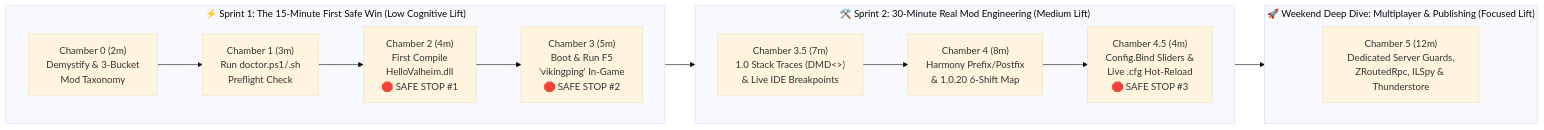
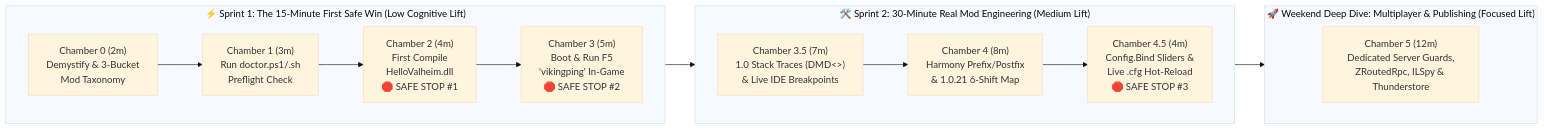
Before and after one commit to djcdevelopment/valheim-modding-101: the second of 2 diagrams in product/01-CUSTOMER-PERSONAS-AND-ECONOMICS.md, drawn with Mermaid (base theme). The commit also changed other lines of this file and 33 other files, not shown here.

````diff
--- a/product/01-CUSTOMER-PERSONAS-AND-ECONOMICS.md
+++ b/product/01-CUSTOMER-PERSONAS-AND-ECONOMICS.md
@@ -76,22 +76,22 @@
 ```mermaid
 flowchart LR
     subgraph Sprint1 ["⚡ Sprint 1: The 15-Minute First Safe Win (Low Cognitive Lift)"]
         direction LR
         S0["Chamber 0 (2m)\nDemystify & 3-Bucket\nMod Taxonomy"] --> S1["Chamber 1 (3m)\nRun doctor.ps1/.sh\nPreflight Check"]
         S1 --> S2["Chamber 2 (4m)\nFirst Compile\nHelloValheim.dll\n🛑 SAFE STOP #1"]
         S2 --> S3["Chamber 3 (5m)\nBoot & Run F5\n'vikingping' In-Game\n🛑 SAFE STOP #2"]
     end
 
     subgraph Sprint2 ["🛠️ Sprint 2: 30-Minute Real Mod Engineering (Medium Lift)"]
         direction LR
-        S35["Chamber 3.5 (7m)\n1.0 Stack Traces (DMD<>)\n& Live IDE Breakpoints"] --> S4["Chamber 4 (8m)\nHarmony Prefix/Postfix\n& 1.0.20 6-Shift Map"]
+        S35["Chamber 3.5 (7m)\n1.0 Stack Traces (DMD<>)\n& Live IDE Breakpoints"] --> S4["Chamber 4 (8m)\nHarmony Prefix/Postfix\n& 1.0.21 6-Shift Map"]
         S4 --> S45["Chamber 4.5 (4m)\nConfig.Bind Sliders &\nLive .cfg Hot-Reload\n🛑 SAFE STOP #3"]
     end
 
     subgraph Sprint3 ["🚀 Weekend Deep Dive: Multiplayer & Publishing (Focused Lift)"]
         direction LR
         S5["Chamber 5 (12m)\nDedicated Server Guards,\nZRoutedRpc, ILSpy & Thunderstore"]
     end
 
     Sprint1 --> Sprint2 --> Sprint3
 ```
````
